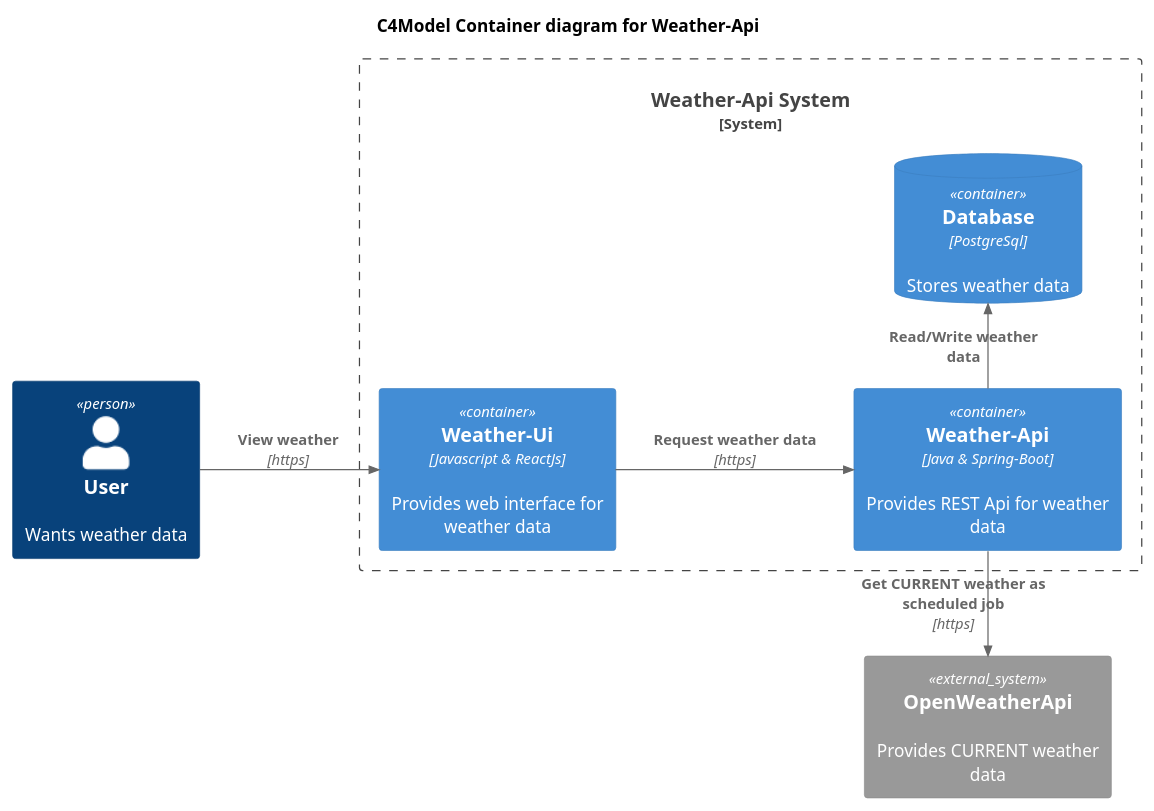
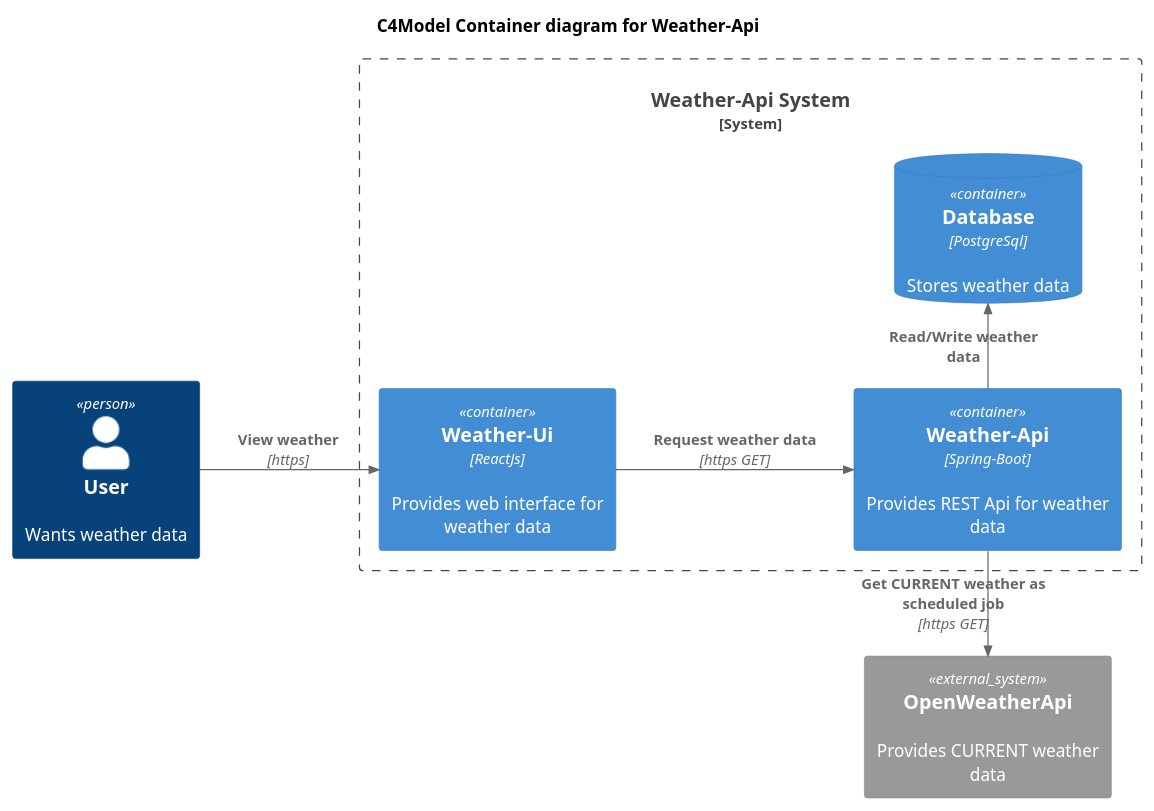
One commit to OskarWestmeijer/weather changed the diagram in docs/c4model/container.puml. Above: the diagram before and after it, drawn with PlantUML. The commit also changed 3 other files, not shown here.

```diff
--- a/docs/c4model/container.puml
+++ b/docs/c4model/container.puml
@@ -1,26 +1,26 @@
 @startuml
 
 !include https://raw.githubusercontent.com/plantuml-stdlib/C4-PlantUML/master/C4_Container.puml
 
 
 
 title C4Model Container diagram for Weather-Api
 
 Person(user, "User", "Wants weather data")
 
 System_Boundary(weatherSystem, "Weather-Api System") {
-    Container(weather_ui, "Weather-Ui", "Javascript & ReactJs", $descr="Provides web interface for weather data")
-    Container(weather_api, "Weather-Api", "Java & Spring-Boot", $descr="Provides REST Api for weather data")
+    Container(weather_ui, "Weather-Ui", "ReactJs", $descr="Provides web interface for weather data")
+    Container(weather_api, "Weather-Api", "Spring-Boot", $descr="Provides REST Api for weather data")
     ContainerDb(postgres_db, "Database", "PostgreSql", "Stores weather data")
 }
 System_Ext(open_weather_api, "OpenWeatherApi", "Provides CURRENT weather data")
 
 
 Rel(user, weather_ui, "View weather", "https")
-Rel(weather_ui, weather_api, "Request weather data", "https")
-Rel_L(weather_api, open_weather_api, "Get CURRENT weather as scheduled job", "https")
+Rel(weather_ui, weather_api, "Request weather data", "https GET")
+Rel_L(weather_api, open_weather_api, "Get CURRENT weather as scheduled job", "https GET")
 Rel_R(weather_api, postgres_db, "Read/Write weather data")
 LAYOUT_LANDSCAPE()
 
 
 @enduml
```
